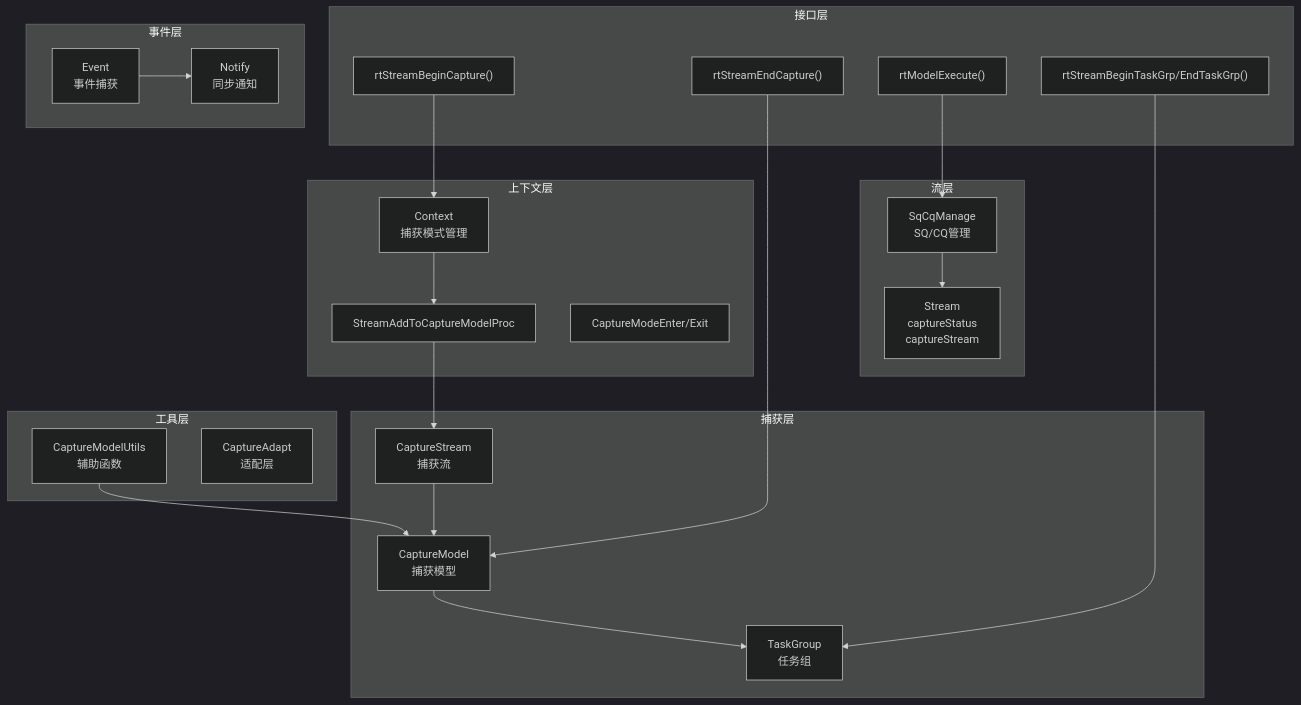
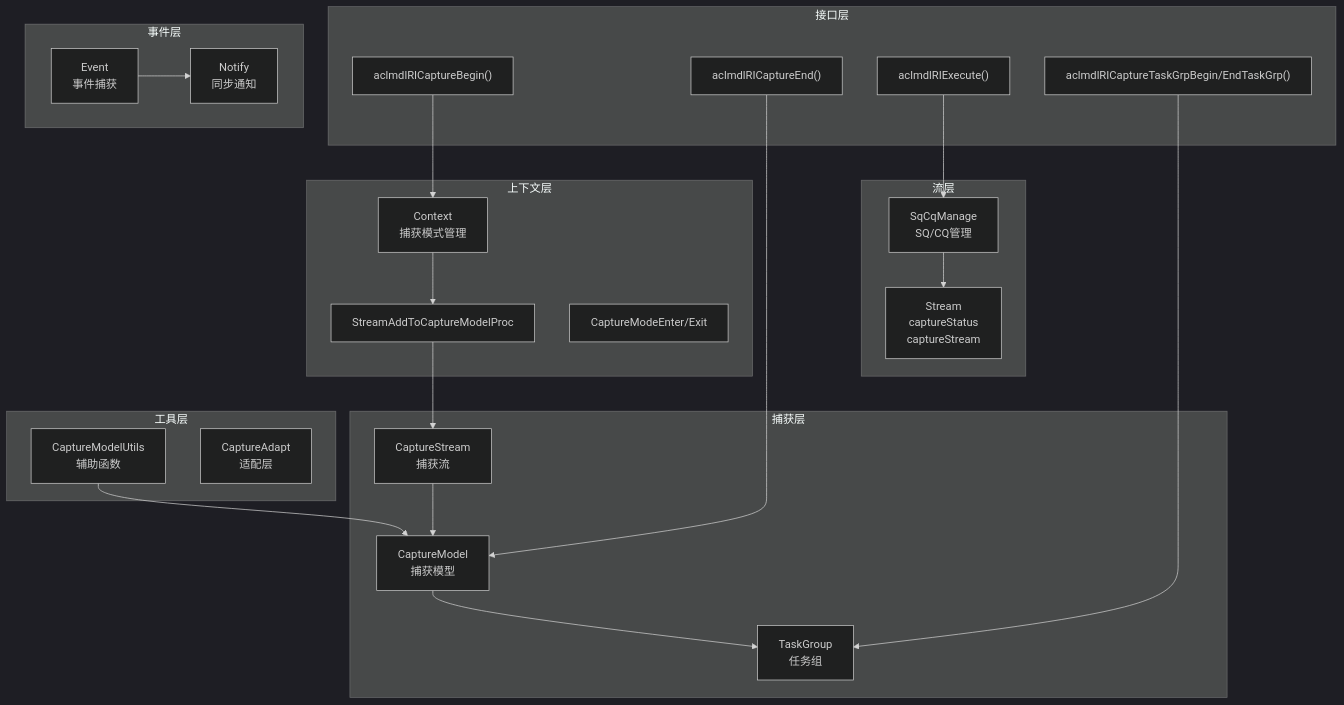
Before and after one commit to 18liumin/runtime: the first of 15 diagrams in docs/design/features/aclgraph.md, drawn with Mermaid (dark theme). The commit also changed other lines of this file, not shown here.

````diff
--- a/docs/design/features/aclgraph.md
+++ b/docs/design/features/aclgraph.md
@@ -135,51 +208,51 @@
 ```mermaid
 graph TB
     subgraph API["接口层"]
-        BeginCapture["rtStreamBeginCapture()"]
-        EndCapture["rtStreamEndCapture()"]
-        ModelExecute["rtModelExecute()"]
-        TaskGrp["rtStreamBeginTaskGrp/EndTaskGrp()"]
+        BeginCapture["aclmdlRICaptureBegin()"]
+        EndCapture["aclmdlRICaptureEnd()"]
+        ModelExecute["aclmdlRIExecute()"]
+        TaskGrp["aclmdlRICaptureTaskGrpBegin/EndTaskGrp()"]
     end
 
     subgraph Context["上下文层"]
         ContextCapture["Context<br/>捕获模式管理"]
         StreamAdd["StreamAddToCaptureModelProc"]
         CaptureMode["CaptureModeEnter/Exit"]
     end
 
     subgraph Capture["捕获层"]
         CaptureModel["CaptureModel<br/>捕获模型"]
         CaptureStream["CaptureStream<br/>捕获流"]
         TaskGroup["TaskGroup<br/>任务组"]
     end
 
     subgraph StreamLayer["流层"]
         StreamNode["Stream<br/>captureStatus<br/>captureStream"]
         SqCqManage["SqCqManage<br/>SQ/CQ管理"]
     end
 
     subgraph EventLayer["事件层"]
         EventCapture["Event<br/>事件捕获"]
         Notify["Notify<br/>同步通知"]
     end
 
     subgraph Utils["工具层"]
         CaptureUtils["CaptureModelUtils<br/>辅助函数"]
         CaptureAdapt["CaptureAdapt<br/>适配层"]
     end
 
     BeginCapture --> ContextCapture
     ContextCapture --> StreamAdd
     StreamAdd --> CaptureStream
     CaptureStream --> CaptureModel
     
     EndCapture --> CaptureModel
     CaptureModel --> TaskGroup
     
     ModelExecute --> SqCqManage
     SqCqManage --> StreamNode
     
     TaskGrp --> TaskGroup
     EventCapture --> Notify
     CaptureUtils --> CaptureModel
 ```
````
